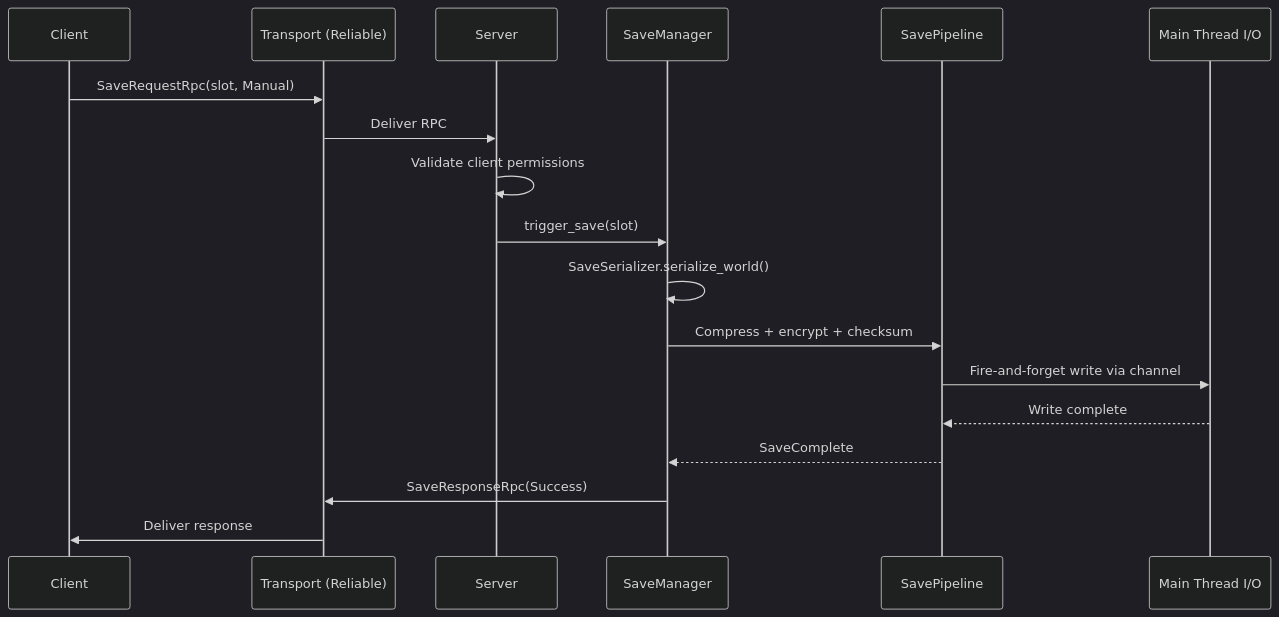
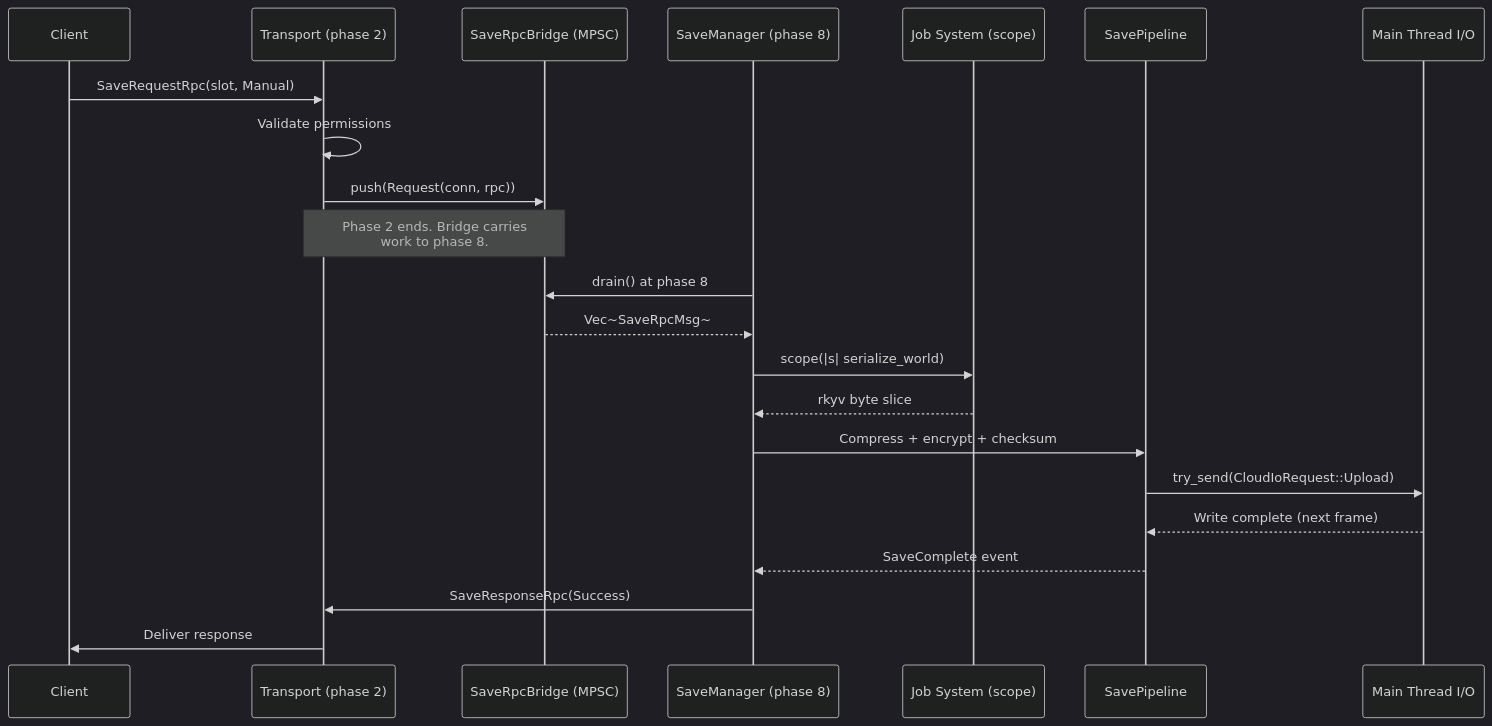
Before and after one commit to harmonius-dev/harmonius: the second of 4 diagrams in docs/design/integration/networking-save-system.md, drawn with Mermaid (dark theme). The commit also changed other lines of this file and 109 other files, not shown here.

````diff
--- a/docs/design/integration/networking-save-system.md
+++ b/docs/design/integration/networking-save-system.md
@@ -136,21 +440,26 @@
 ```mermaid
 sequenceDiagram
     participant CL as Client
-    participant TR as Transport (Reliable)
-    participant SV as Server
-    participant SM as SaveManager
+    participant TR as Transport (phase 2)
+    participant BR as SaveRpcBridge (MPSC)
+    participant SM as SaveManager (phase 8)
+    participant JS as Job System (scope)
     participant SP as SavePipeline
     participant IO as Main Thread I/O
 
     CL->>TR: SaveRequestRpc(slot, Manual)
-    TR->>SV: Deliver RPC
-    SV->>SV: Validate client permissions
-    SV->>SM: trigger_save(slot)
-    SM->>SM: SaveSerializer.serialize_world()
+    TR->>TR: Validate permissions
+    TR->>BR: push(Request(conn, rpc))
+    Note over TR,BR: Phase 2 ends. Bridge carries<br/>work to phase 8.
+
+    SM->>BR: drain() at phase 8
+    BR-->>SM: Vec~SaveRpcMsg~
+    SM->>JS: scope(|s| serialize_world)
+    JS-->>SM: rkyv byte slice
     SM->>SP: Compress + encrypt + checksum
-    SP->>IO: Fire-and-forget write via channel
-    IO-->>SP: Write complete
-    SP-->>SM: SaveComplete
+    SP->>IO: try_send(CloudIoRequest::Upload)
+    IO-->>SP: Write complete (next frame)
+    SP-->>SM: SaveComplete event
     SM->>TR: SaveResponseRpc(Success)
     TR->>CL: Deliver response
 ```
````
